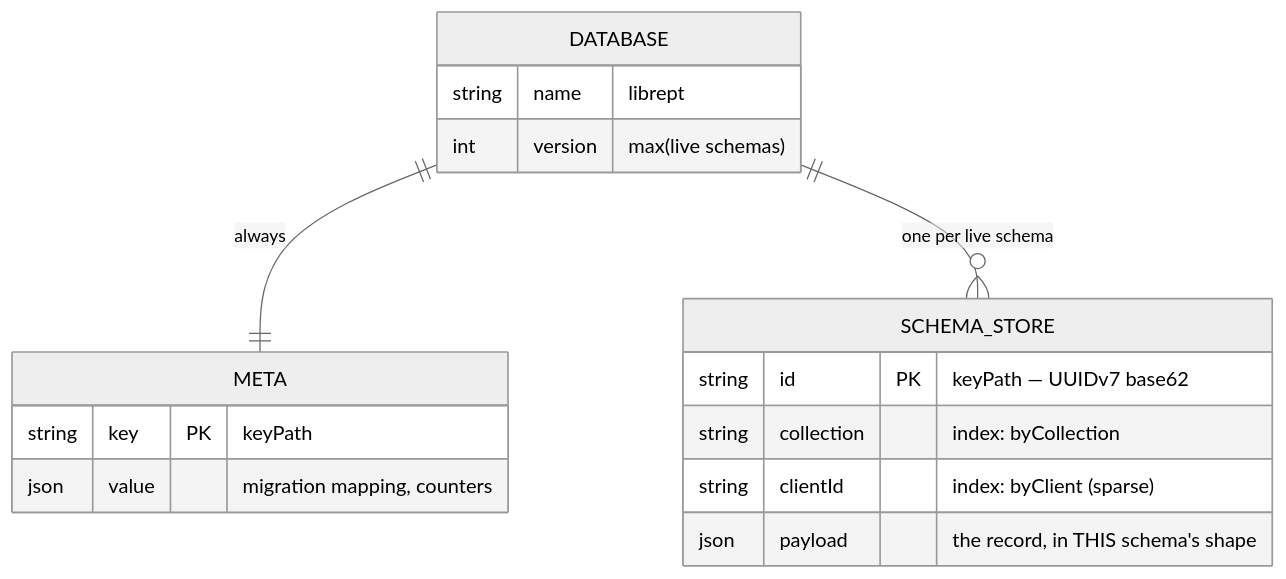
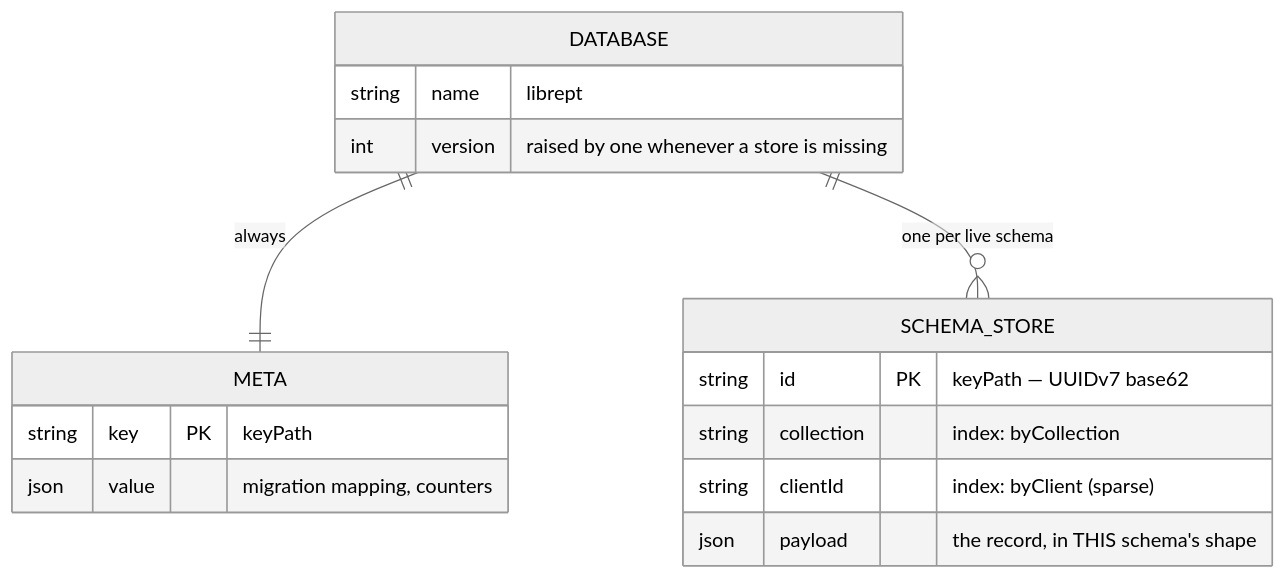
One commit to stutek/LibrePT changed the first of 4 diagrams in docs/DATA_MODEL.md. Above: the diagram before and after it, drawn with Mermaid (neutral theme). The commit also changed other lines of this file and 18 other files, not shown here.

First line of the commit message:
feat(schema): PREVIEW replaces P, provisioned like a released schema

````diff
--- a/docs/DATA_MODEL.md
+++ b/docs/DATA_MODEL.md
@@ -198,20 +200,20 @@
 ```mermaid
 erDiagram
     DATABASE ||--|| META : "always"
     DATABASE ||--o{ SCHEMA_STORE : "one per live schema"
 
     DATABASE {
         string name "librept"
-        int version "max(live schemas)"
+        int version "raised by one whenever a store is missing"
     }
     META {
         string key PK "keyPath"
         json value "migration mapping, counters"
     }
     SCHEMA_STORE {
         string id PK "keyPath — UUIDv7 base62"
         string collection "index: byCollection"
         string clientId "index: byClient (sparse)"
         json payload "the record, in THIS schema's shape"
     }
 ```
````
